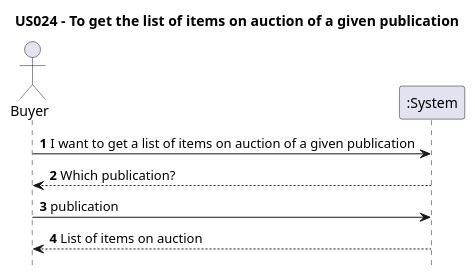
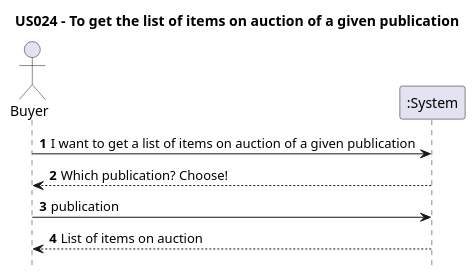
The diagram in Diagrams/SequenceDiagrams/N1/US024-to-get-the-list-of-items-on-auction-of-a-given-publication.puml (AndrePereiraGitH/SWitCH-Project-Team_A), drawn with PlantUML before and after one commit. The commit also changed 6 other files, not shown here.

```diff
--- a/Diagrams/SequenceDiagrams/N1/US024-to-get-the-list-of-items-on-auction-of-a-given-publication.puml
+++ b/Diagrams/SequenceDiagrams/N1/US024-to-get-the-list-of-items-on-auction-of-a-given-publication.puml
@@ -1,16 +1,15 @@
 @startuml
 
 hide footbox
+autonumber
 title US024 - To get the list of items on auction of a given publication
 
 actor Buyer
 participant ":System" as System
 
-' Buyer -> System : **1** getListOfItems(typeOfSale, publication)
-Buyer -> System : **1** I want to get a list of items on auction of a given publication
-Buyer <-- System : **2** Which publication?
-Buyer -> System : **3** publication
-
-System --> Buyer : **4** List of items on auction
+Buyer -> System : I want to get a list of items on auction of a given publication
+Buyer <-- System : Which publication? Choose!
+Buyer -> System : publication
+System --> Buyer : List of items on auction
 
 @enduml
```
